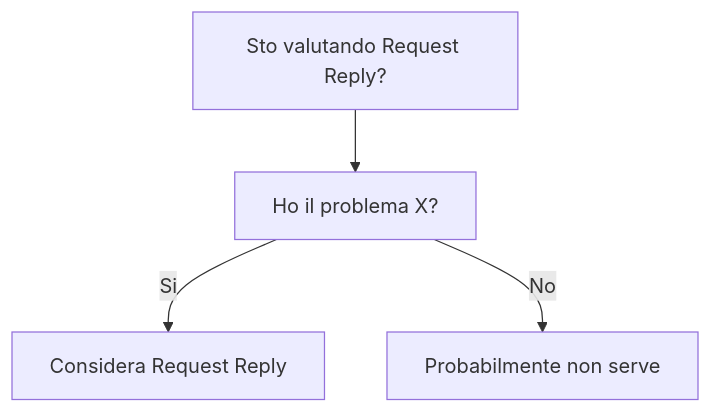
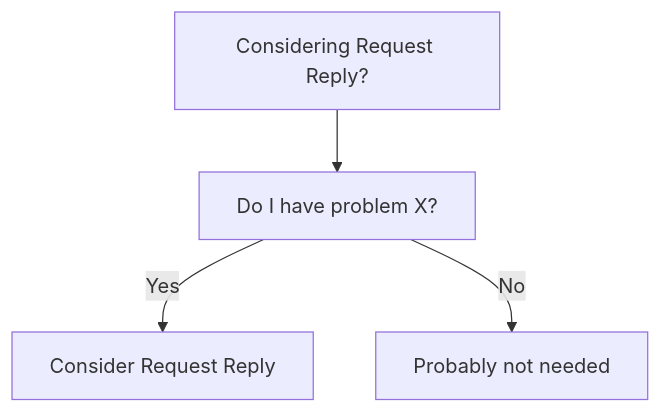
One commit to HxT9/Software-Dev-Wiki changed the diagram in dev-wiki/13_Integration/Patterns/Request_Reply/When_To_Use.md. Above: the diagram before and after it, drawn with Mermaid. The commit also changed other lines of this file and 3444 other files, not shown here.

````diff
--- a/dev-wiki/13_Integration/Patterns/Request_Reply/When_To_Use.md
+++ b/dev-wiki/13_Integration/Patterns/Request_Reply/When_To_Use.md
@@ -19,6 +19,6 @@
 ```mermaid
 flowchart TD
-  Q[Sto valutando Request Reply?] --> Q1[Ho il problema X?]
-  Q1 -->|Si| OK[Considera Request Reply]
-  Q1 -->|No| NO[Probabilmente non serve]
+  Q[Considering Request Reply?] --> Q1[Do I have problem X?]
+  Q1 -->|Yes| OK[Consider Request Reply]
+  Q1 -->|No| NO[Probably not needed]
 ```
````
